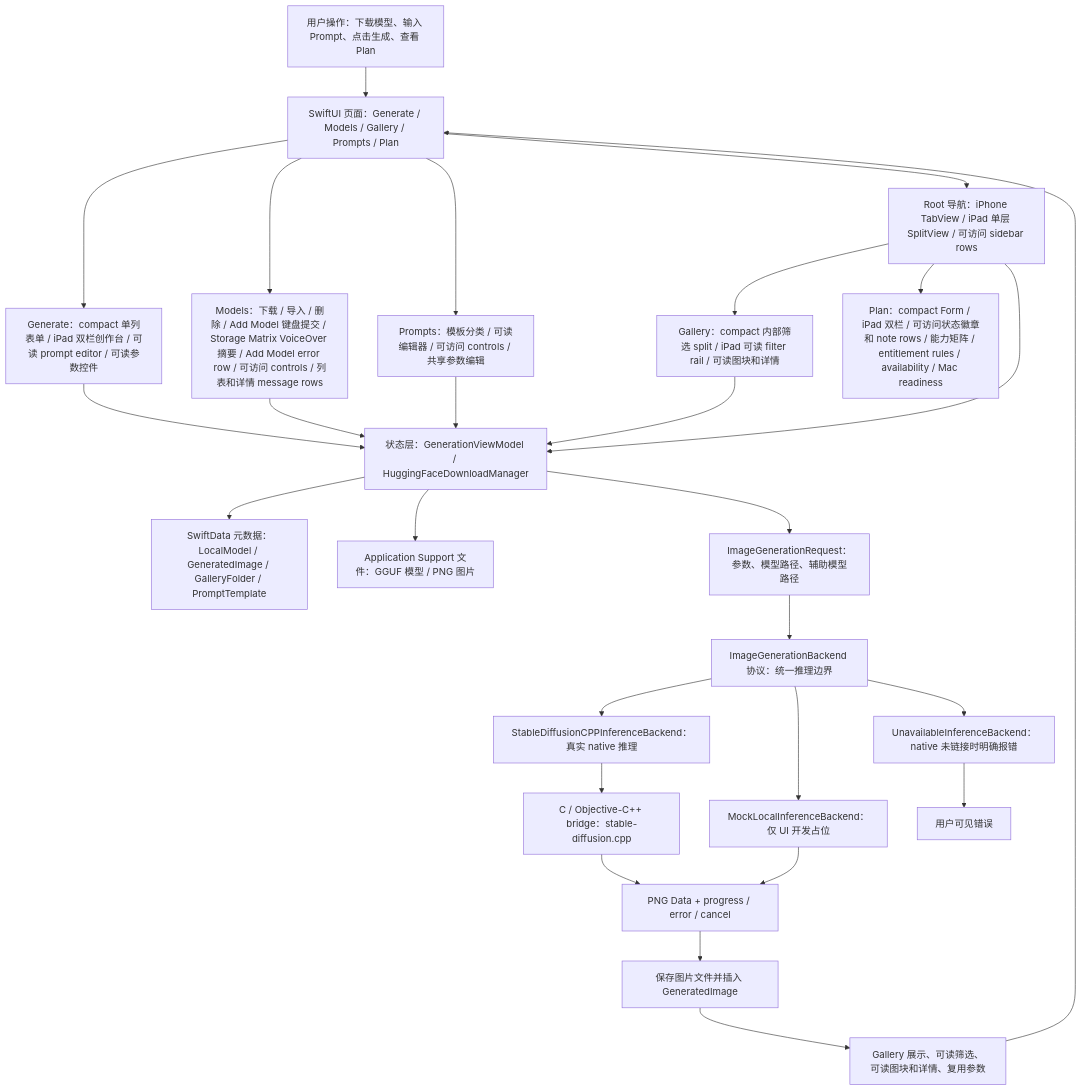
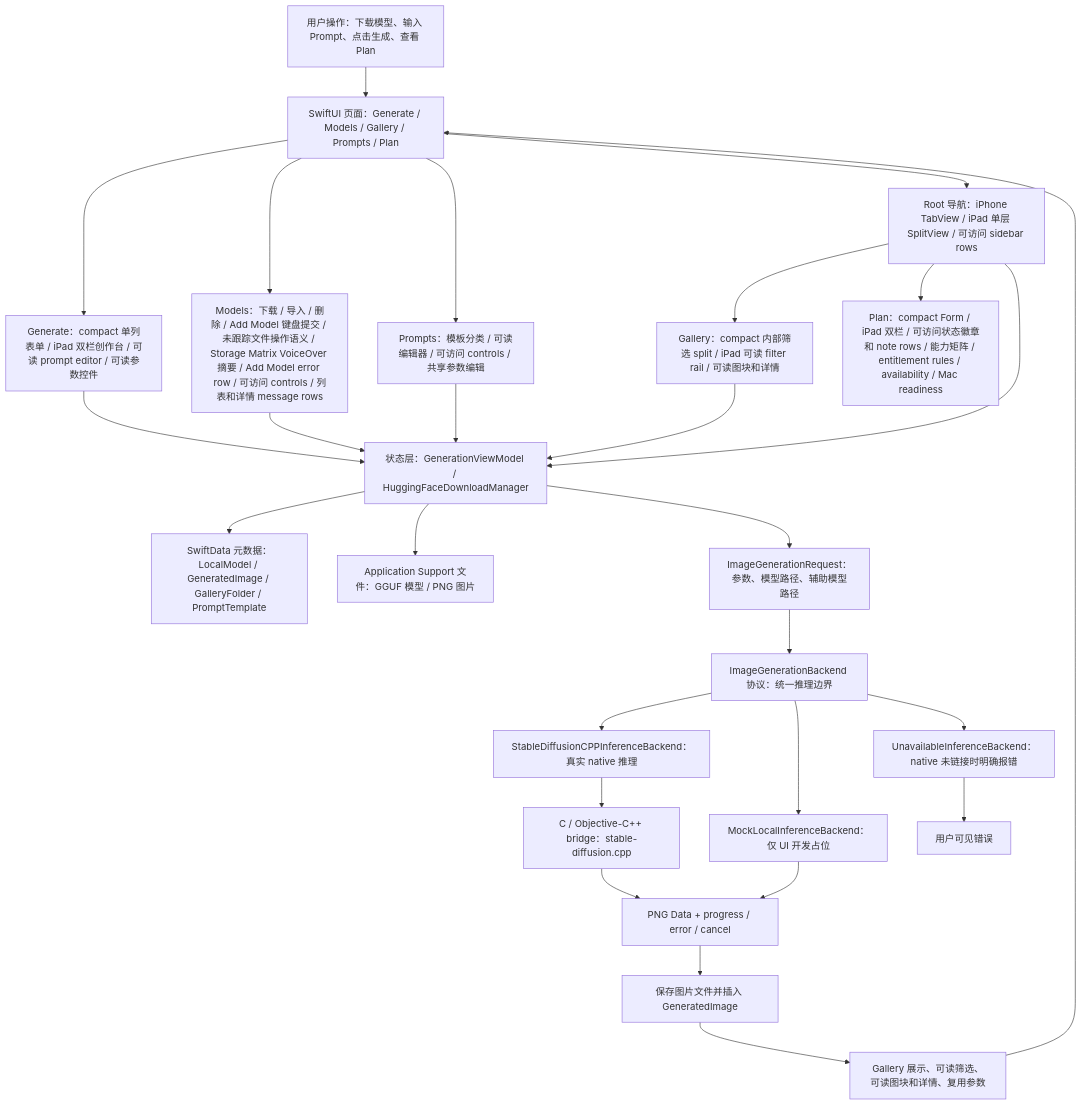
Before and after one commit to Altman-sam114/118: the first of 7 diagrams in md/flow/flowchart.md, drawn with Mermaid. The commit also changed other lines of this file and 5 other files, not shown here.

First line of the commit message:
v1.27: Untracked model file row semantics

````diff
--- a/md/flow/flowchart.md
+++ b/md/flow/flowchart.md
@@ -9,29 +9,29 @@
 ```mermaid
 flowchart TD
   U["用户操作：下载模型、输入 Prompt、点击生成、查看 Plan"] --> UI["SwiftUI 页面：Generate / Models / Gallery / Prompts / Plan"]
   UI --> GENUI["Generate：compact 单列表单 / iPad 双栏创作台 / 可读 prompt editor / 可读参数控件"]
-  UI --> MODELUI["Models：下载 / 导入 / 删除 / Add Model 键盘提交 / Storage Matrix VoiceOver 摘要 / Add Model error row / 可访问 controls / 列表和详情 message rows"]
+  UI --> MODELUI["Models：下载 / 导入 / 删除 / Add Model 键盘提交 / 未跟踪文件操作语义 / Storage Matrix VoiceOver 摘要 / Add Model error row / 可访问 controls / 列表和详情 message rows"]
   UI --> PROMPTUI["Prompts：模板分类 / 可读编辑器 / 可访问 controls / 共享参数编辑"]
   UI --> NAV["Root 导航：iPhone TabView / iPad 单层 SplitView / 可访问 sidebar rows"]
   NAV --> GALUI["Gallery：compact 内部筛选 split / iPad 可读 filter rail / 可读图块和详情"]
   NAV --> PLANUI["Plan：compact Form / iPad 双栏 / 可访问状态徽章和 note rows / 能力矩阵 / entitlement rules / availability / Mac readiness"]
   NAV --> VM["状态层：GenerationViewModel / HuggingFaceDownloadManager"]
   GENUI --> VM
   MODELUI --> VM
   PROMPTUI --> VM
   GALUI --> VM
   VM --> SD["SwiftData 元数据：LocalModel / GeneratedImage / GalleryFolder / PromptTemplate"]
   VM --> FS["Application Support 文件：GGUF 模型 / PNG 图片"]
   VM --> REQ["ImageGenerationRequest：参数、模型路径、辅助模型路径"]
   REQ --> IFACE["ImageGenerationBackend 协议：统一推理边界"]
   IFACE --> NATIVE["StableDiffusionCPPInferenceBackend：真实 native 推理"]
   IFACE --> MOCK["MockLocalInferenceBackend：仅 UI 开发占位"]
   IFACE --> OFF["UnavailableInferenceBackend：native 未链接时明确报错"]
   NATIVE --> BRIDGE["C / Objective-C++ bridge：stable-diffusion.cpp"]
   BRIDGE --> PNG["PNG Data + progress / error / cancel"]
   MOCK --> PNG
   OFF --> ERR["用户可见错误"]
   PNG --> SAVE["保存图片文件并插入 GeneratedImage"]
   SAVE --> GALLERY["Gallery 展示、可读筛选、可读图块和详情、复用参数"]
   GALLERY --> UI
 ```
````
